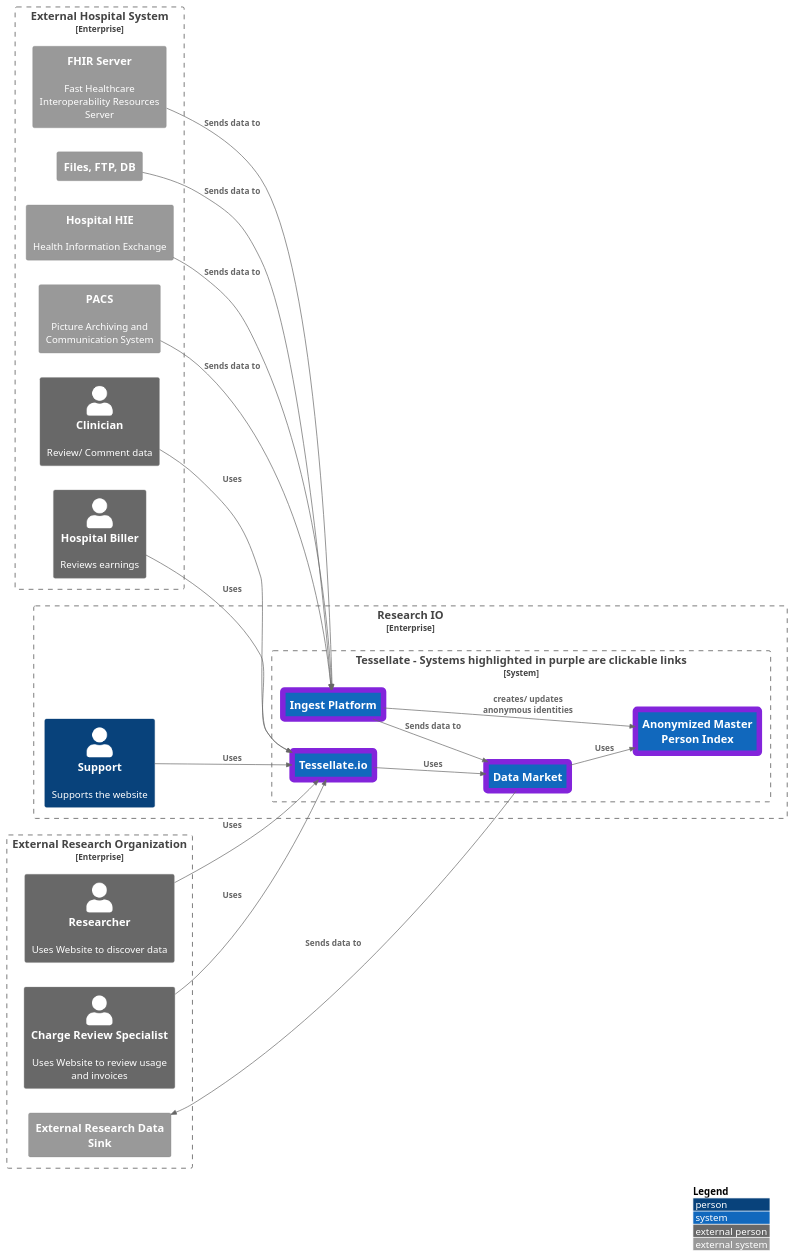
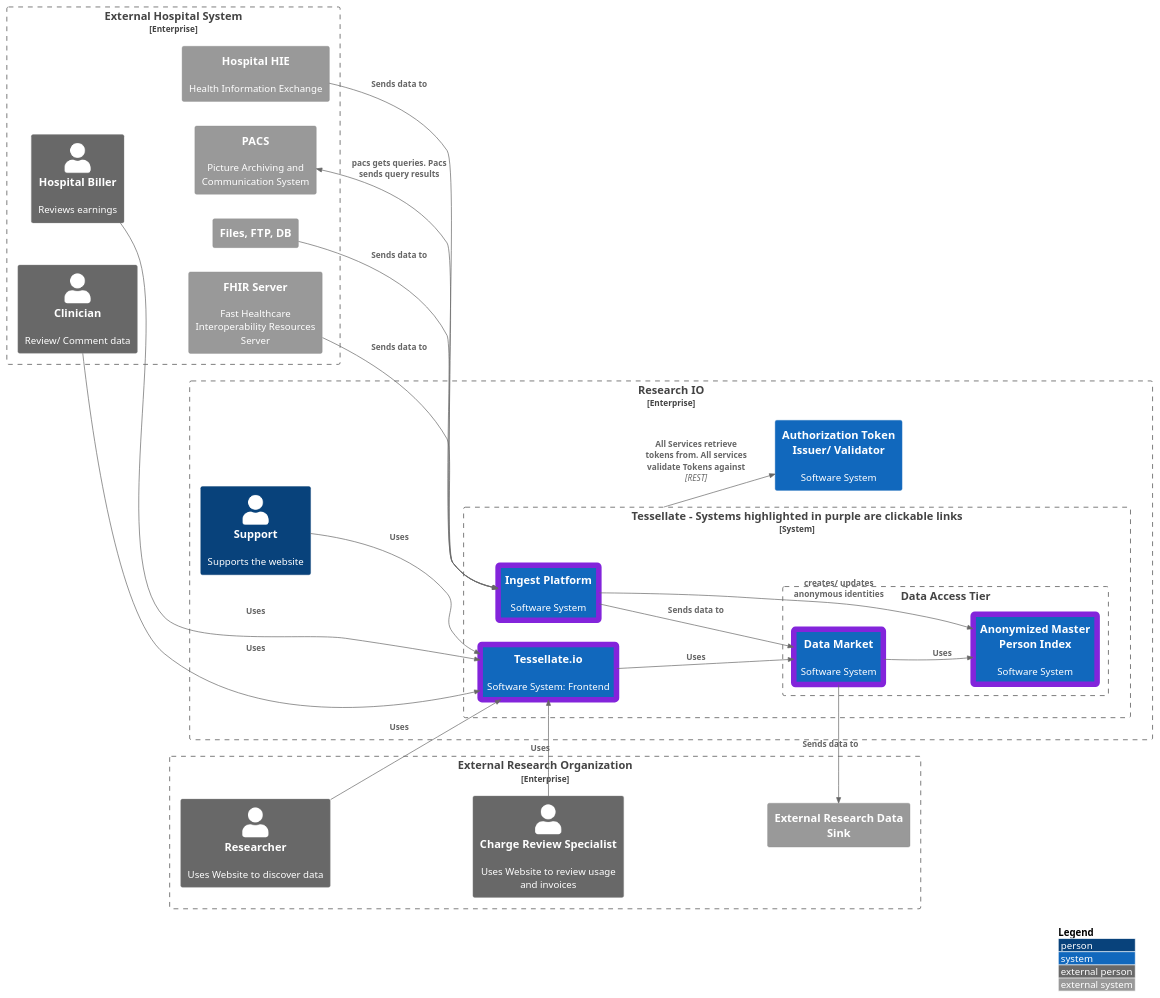
Before and after one commit to migueladelvalle/SE577-684-SP-23-24-final-project: the diagram in ArchitectureModel/ContextDiagram.puml, drawn with PlantUML. The commit also changed 12 other files, not shown here.

Commit message:
Added additional detail to architecture Diagrams

```diff
--- a/ArchitectureModel/ContextDiagram.puml
+++ b/ArchitectureModel/ContextDiagram.puml
@@ -1,54 +1,64 @@
 @startuml
 !include ./C4_Context.puml
 
 LAYOUT_LEFT_RIGHT()
 LAYOUT_WITH_LEGEND()
 
 
 
 AddElementTag("lowerLevelLink", $borderColor="8324db",$borderThickness="8")
 AddElementTag("higherLevelLink", $borderColor="0fefe9ff",$borderThickness="8")
 
 Enterprise_Boundary(hospital, "External Hospital System"){
     Person_Ext(clinician, "Clinician", "Review/ Comment data")
     Person_Ext(billers, "Hospital Biller","Reviews earnings")
     System_Ext(hie, "Hospital HIE", "Health Information Exchange")
     System_Ext(pacs, "PACS", "Picture Archiving and Communication System")
     System_Ext(fhir, "FHIR Server", "Fast Healthcare Interoperability Resources Server")
     System_Ext(files, "Files, FTP, DB")
 }
 
 Enterprise_Boundary(ResearchIO, "Research IO"){
 
     Person(support, "Support", "Supports the website")
+    System(security, "Authorization Token Issuer/ Validator", "Software System")
 
     System_Boundary(Tessellate, "Tessellate - Systems highlighted in purple are clickable links"){
-        System(ingestion, "Ingest Platform",$link="./IngestPlatformContainer.puml", $tags="lowerLevelLink")
-        System(datamarket, "Data Market",$link="./DataMarketContainer.puml", $tags="lowerLevelLink")
-        System(ampi, "Anonymized Master Person Index",$link="./AMPIContainer.puml", $tags="lowerLevelLink")
-        System(website, "Tessellate.io",$link="./TessellateIOContainer.puml", $tags="lowerLevelLink")
+        System(ingestion, "Ingest Platform","Software System",$link="./IngestPlatformContainer.puml", $tags="lowerLevelLink")
+        Boundary(data, "Data Access Tier"){
+            System(datamarket, "Data Market","Software System",$link="./DataMarketContainer.puml", $tags="lowerLevelLink")
+                    System(ampi, "Anonymized Master Person Index","Software System",$link="./AMPIContainer.puml", $tags="lowerLevelLink")
+        }
+        System(website, "Tessellate.io","Software System: Frontend",$link="./TessellateIOContainer.puml", $tags="lowerLevelLink")
     }
 }
 
 Enterprise_Boundary(research, "External Research Organization"){
     Person_Ext(researcher, "Researcher", "Uses Website to discover data")
     Person_Ext(reviewer, "Charge Review Specialist", "Uses Website to review usage and invoices")
     System_Ext(research_db, "External Research Data Sink")
 }
 
 Rel(clinician, website, "Uses")
 Rel(billers, website, "Uses")
 Rel(hie, ingestion, "Sends data to")
-Rel(pacs, ingestion, "Sends data to")
+BiRel(pacs, ingestion, "pacs gets queries. Pacs sends query results")
 Rel(fhir, ingestion, "Sends data to")
 Rel(files, ingestion, "Sends data to")
 Rel(ingestion, datamarket, "Sends data to")
 Rel(ingestion, ampi, "creates/ updates anonymous identities")
 Rel(datamarket, ampi, "Uses")
 Rel(website, datamarket, "Uses")
 Rel(researcher, website, "Uses")
 Rel(reviewer, website, "Uses")
 Rel(datamarket, research_db, "Sends data to")
 Rel(support, website, "Uses")
+Rel(Tessellate, security, "All Services retrieve tokens from. All services validate Tokens against","REST")
+Lay_D(clinician, fhir)
+Lay_D(billers, pacs)
+Lay_D(billers,hie)
+Lay_D(billers, files)
+Lay_D(researcher, reviewer)
+Lay_D(reviewer, research_db)
 
 @enduml
```
